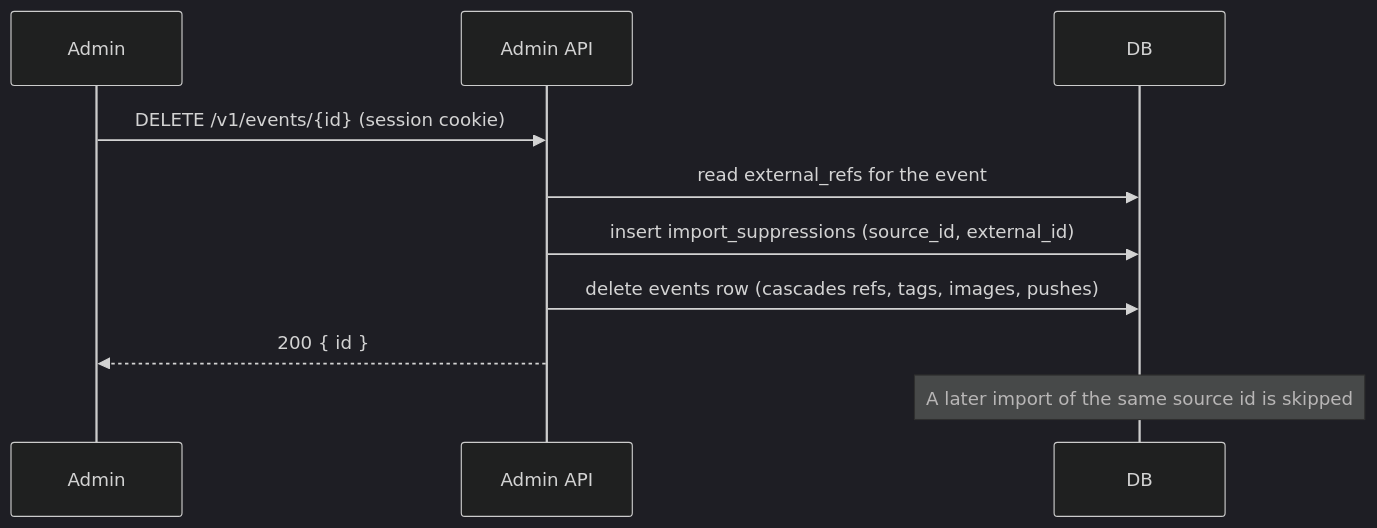
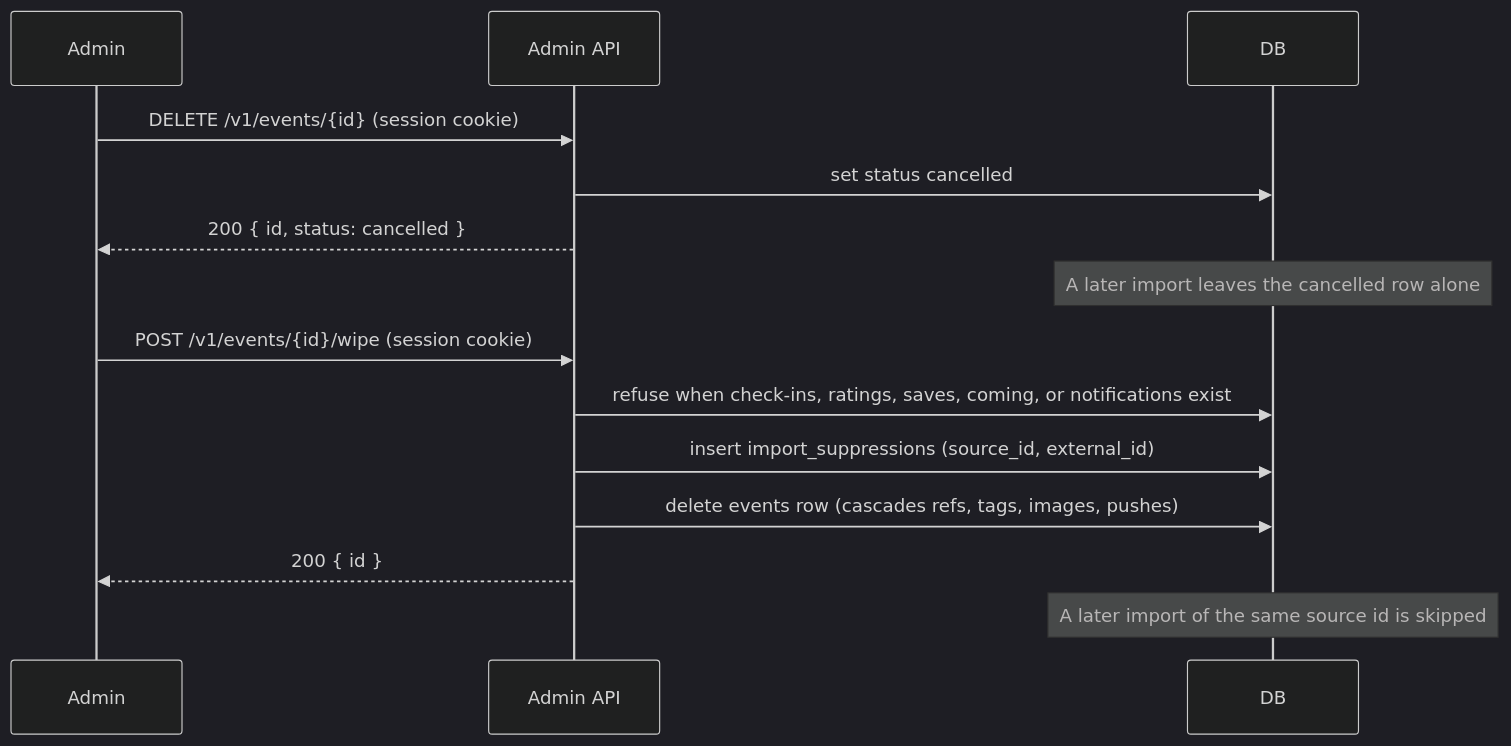
One commit to BradleySmallbottoms/evently changed the diagram in docs/flows/import-review-delete.md. Above: the diagram before and after it, drawn with Mermaid (dark theme). The commit also changed other lines of this file and 14 other files, not shown here.

First line of the commit message:
Implement event wiping functionality and enhance import review process.

````diff
--- a/docs/flows/import-review-delete.md
+++ b/docs/flows/import-review-delete.md
@@ -6,14 +6,20 @@
 ```mermaid
 sequenceDiagram
   participant Admin
   participant API as Admin API
   participant DB
 
   Admin->>API: DELETE /v1/events/{id} (session cookie)
-  API->>DB: read external_refs for the event
+  API->>DB: set status cancelled
+  API-->>Admin: 200 { id, status: cancelled }
+
+  Note over DB: A later import leaves the cancelled row alone
+
+  Admin->>API: POST /v1/events/{id}/wipe (session cookie)
+  API->>DB: refuse when check-ins, ratings, saves, coming, or notifications exist
   API->>DB: insert import_suppressions (source_id, external_id)
   API->>DB: delete events row (cascades refs, tags, images, pushes)
   API-->>Admin: 200 { id }
 
   Note over DB: A later import of the same source id is skipped
 ```
````
